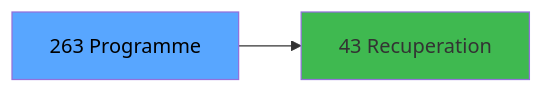
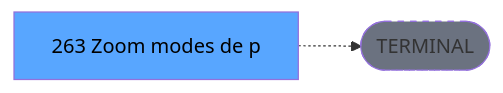
The third of 3 diagrams in .openspec/specs/ADH-IDE-263.md (thonyAGP/lecteur-magic), drawn with Mermaid before and after one commit. The commit also changed other lines of this file and 701 other files, not shown here.

````diff
--- a/.openspec/specs/ADH-IDE-263.md
+++ b/.openspec/specs/ADH-IDE-263.md
@@ -133,8 +134,8 @@
 ```mermaid
 graph LR
-    T[263 Programme]
-    C43[43 Recuperation]
-    T --> C43
+    T[263 Zoom modes de p]
+    TERM([TERMINAL])
+    T -.-> TERM
+    style TERM fill:#6b7280,stroke-dasharray: 5 5
     style T fill:#58a6ff,color:#000
-    style C43 fill:#3fb950
 ```
````
